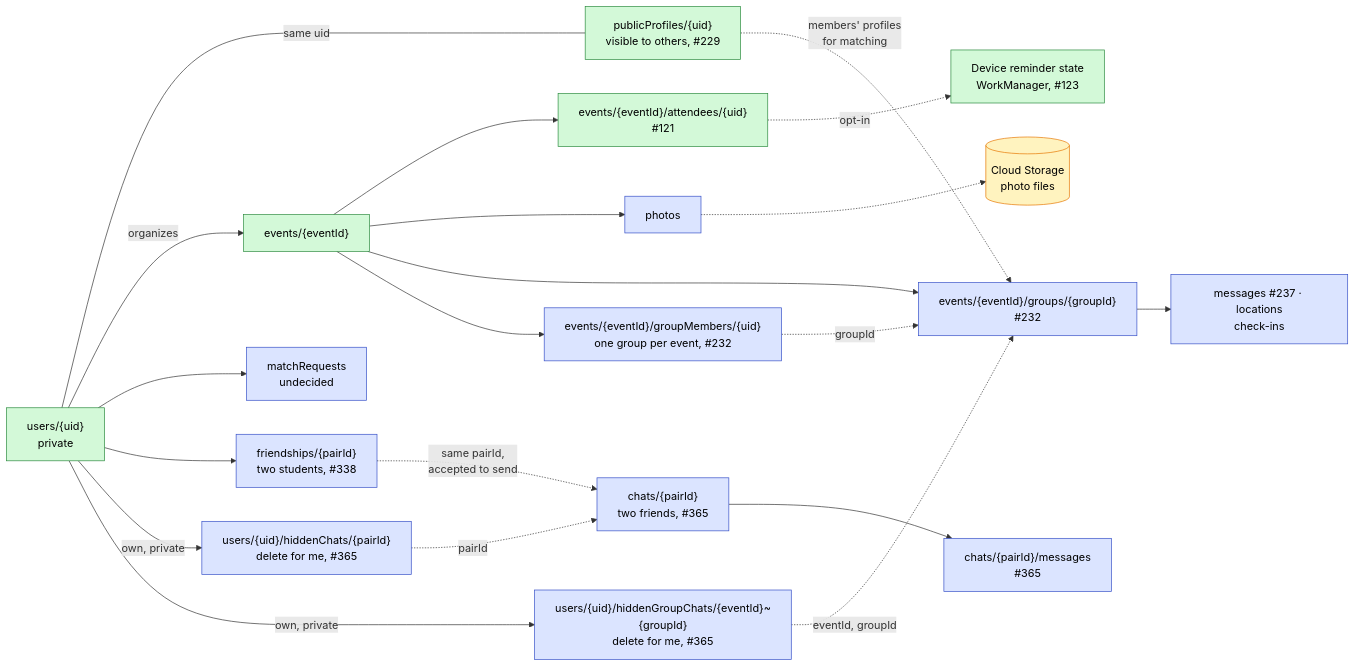
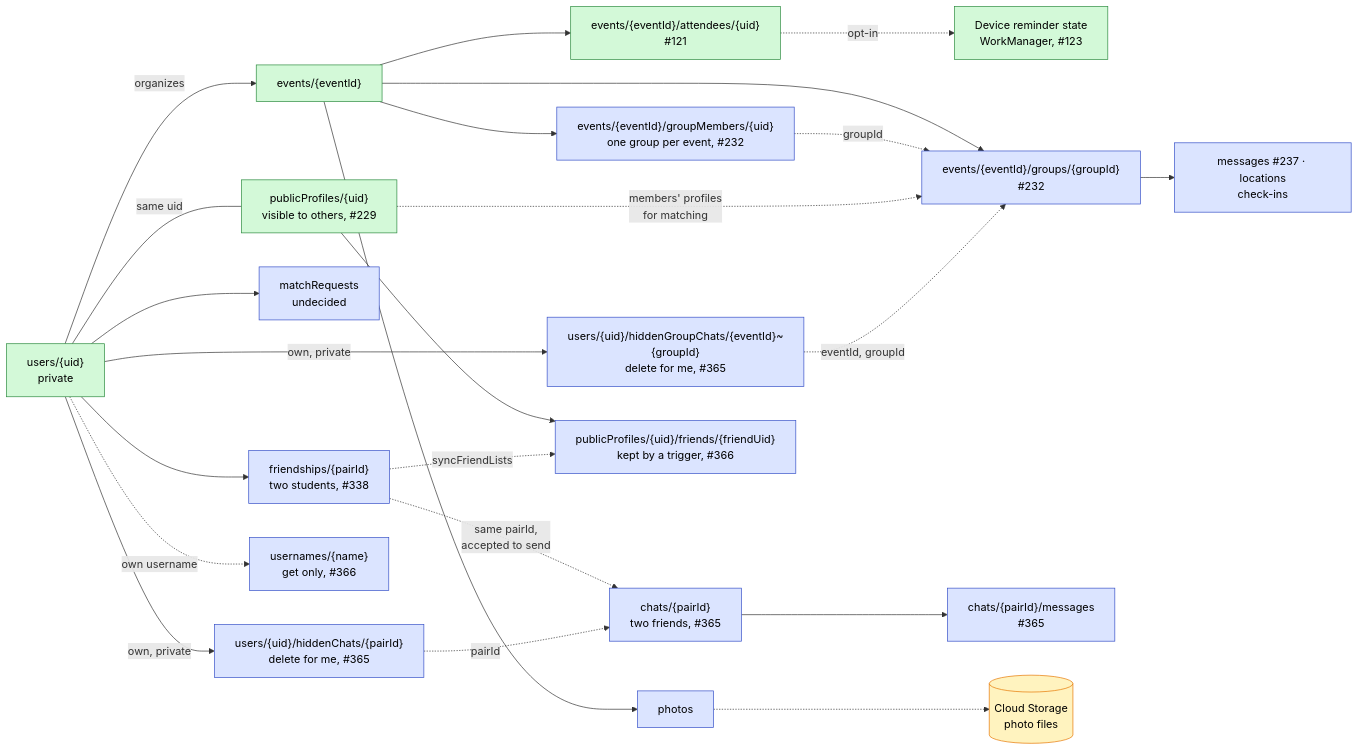
One commit to swent-polysocial/PolySocial changed diagram 15 of 15 in docs/Architecture-Diagram.md. Above: the diagram before and after it, drawn with Mermaid. The commit also changed other lines of this file, not shown here.

First line of the commit message:
docs: decide profile visibility and usernames

````diff
--- a/docs/Architecture-Diagram.md
+++ b/docs/Architecture-Diagram.md
@@ -769,43 +810,48 @@
 ```mermaid
 flowchart LR
   classDef s1 fill:#d3f9d8,stroke:#2b8a3e,color:#000
   classDef pb fill:#dbe4ff,stroke:#364fc7,color:#000
   classDef ext fill:#fff3bf,stroke:#e67700,color:#000
 
   users["users/{uid}<br/>private"]:::s1
   pub["publicProfiles/{uid}<br/>visible to others, #229"]:::s1
   events["events/{eventId}"]:::s1
   reg["events/{eventId}/attendees/{uid}<br/>#121"]:::s1
   reminders["Device reminder state<br/>WorkManager, #123"]:::s1
   photos["photos"]:::pb
   groups["events/{eventId}/groups/{groupId}<br/>#232"]:::pb
   marker["events/{eventId}/groupMembers/{uid}<br/>one group per event, #232"]:::pb
   sub["messages #237 · locations<br/>check-ins"]:::pb
   mreq["matchRequests<br/>undecided"]:::pb
   friends["friendships/{pairId}<br/>two students, #338"]:::pb
   direct["chats/{pairId}<br/>two friends, #365"]:::pb
   directMsgs["chats/{pairId}/messages<br/>#365"]:::pb
   hidden["users/{uid}/hiddenChats/{pairId}<br/>delete for me, #365"]:::pb
   hiddenGroup["users/{uid}/hiddenGroupChats/{eventId}~{groupId}<br/>delete for me, #365"]:::pb
   storage[("Cloud Storage<br/>photo files")]:::ext
+  names["usernames/{name}<br/>get only, #366"]:::pb
+  friendList["publicProfiles/{uid}/friends/{friendUid}<br/>kept by a trigger, #366"]:::pb
 
   users --- |"same uid"| pub
   users -->|"organizes"| events
   events --> reg
   reg -. opt-in .-> reminders
   events --> photos
   photos -.-> storage
   events --> groups
   events --> marker
   marker -. "groupId" .-> groups
   groups --> sub
   pub -. "members' profiles<br/>for matching" .-> groups
   users --> mreq
   users --> friends
+  users -. "own username" .-> names
+  pub --> friendList
+  friends -. "syncFriendLists" .-> friendList
   friends -. "same pairId,<br/>accepted to send" .-> direct
   direct --> directMsgs
   users --> |"own, private"| hidden
   hidden -. "pairId" .-> direct
   users --> |"own, private"| hiddenGroup
   hiddenGroup -. "eventId, groupId" .-> groups
 ```
````
